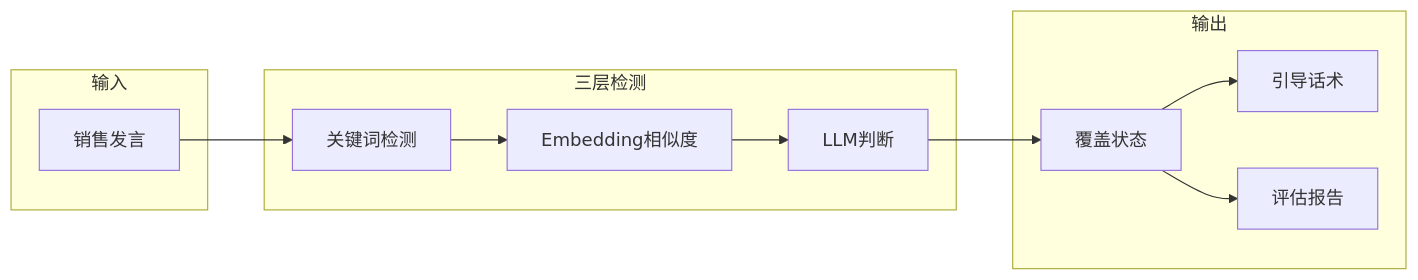
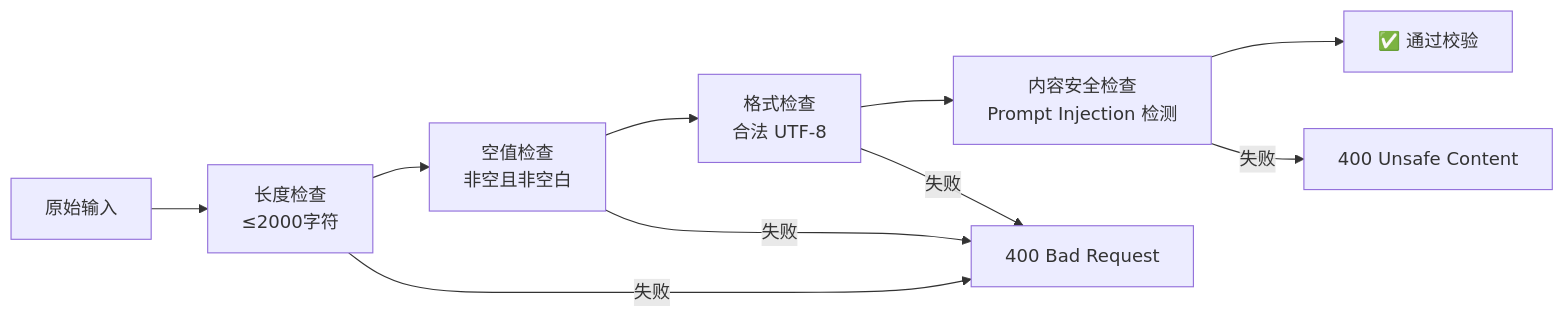
Before and after one commit to xt765/UMU-Sales-Trainer: diagram 13 of 13 in docs/architecture.md, drawn with Mermaid. The commit also changed other lines of this file and 1 other file, not shown here.

````diff
--- a/docs/architecture.md
+++ b/docs/architecture.md
@@ -413,25 +779,13 @@
 ```mermaid
 flowchart LR
-    subgraph 输入
-        A[销售发言]
-    end
-
-    subgraph 三层检测
-        B[关键词检测]
-        C[Embedding相似度]
-        D[LLM判断]
-    end
-
-    subgraph 输出
-        E[覆盖状态]
-        F[引导话术]
-        G[评估报告]
-    end
-
-    A --> B
-    B --> C
-    C --> D
-    D --> E
-    E --> F
-    E --> G
+    A[原始输入] --> B[长度检查<br/>≤2000字符]
+    B --> C[空值检查<br/>非空且非空白]
+    C --> D[格式检查<br/>合法 UTF-8]
+    D --> E[内容安全检查<br/>Prompt Injection 检测]
+    E --> F[✅ 通过校验]
+    
+    B -->|失败| ERR1[400 Bad Request]
+    C -->|失败| ERR1
+    D -->|失败| ERR1
+    E -->|失败| ERR2[400 Unsafe Content]
 ```
````
